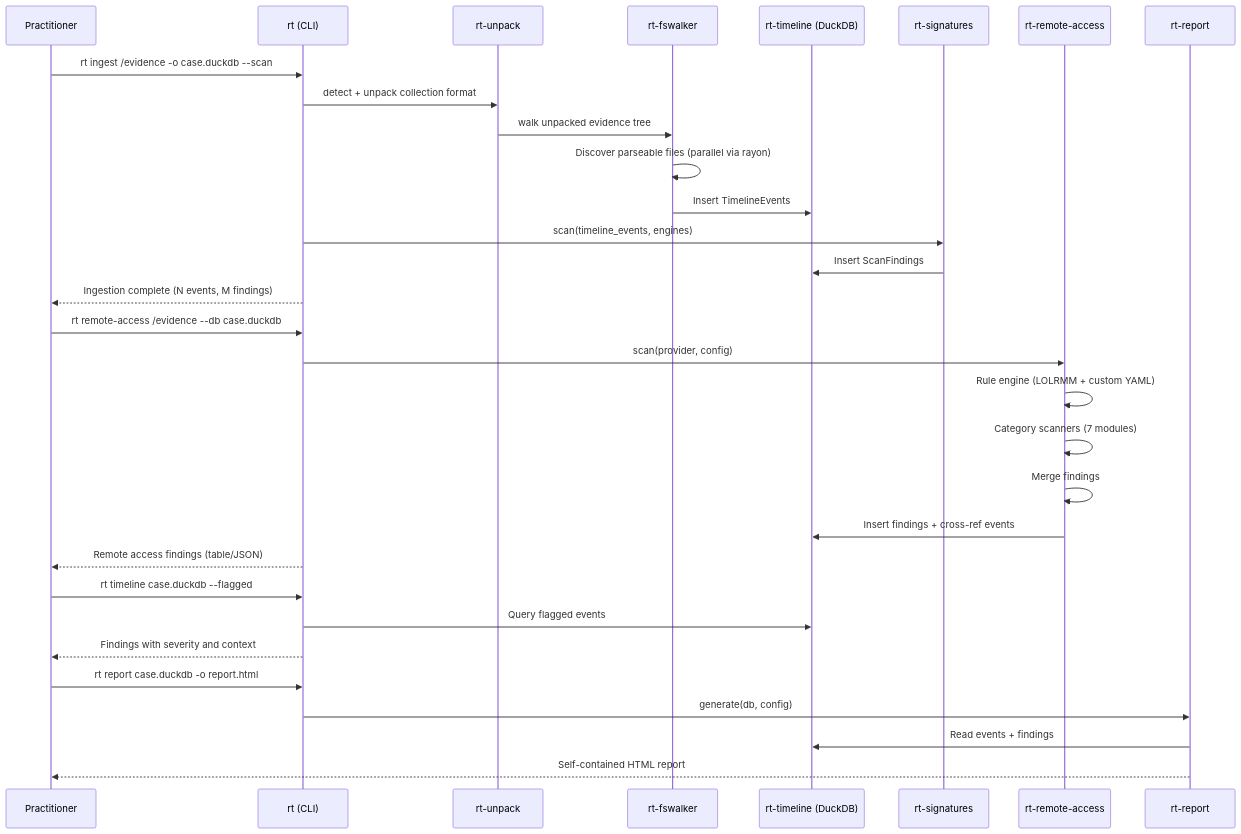
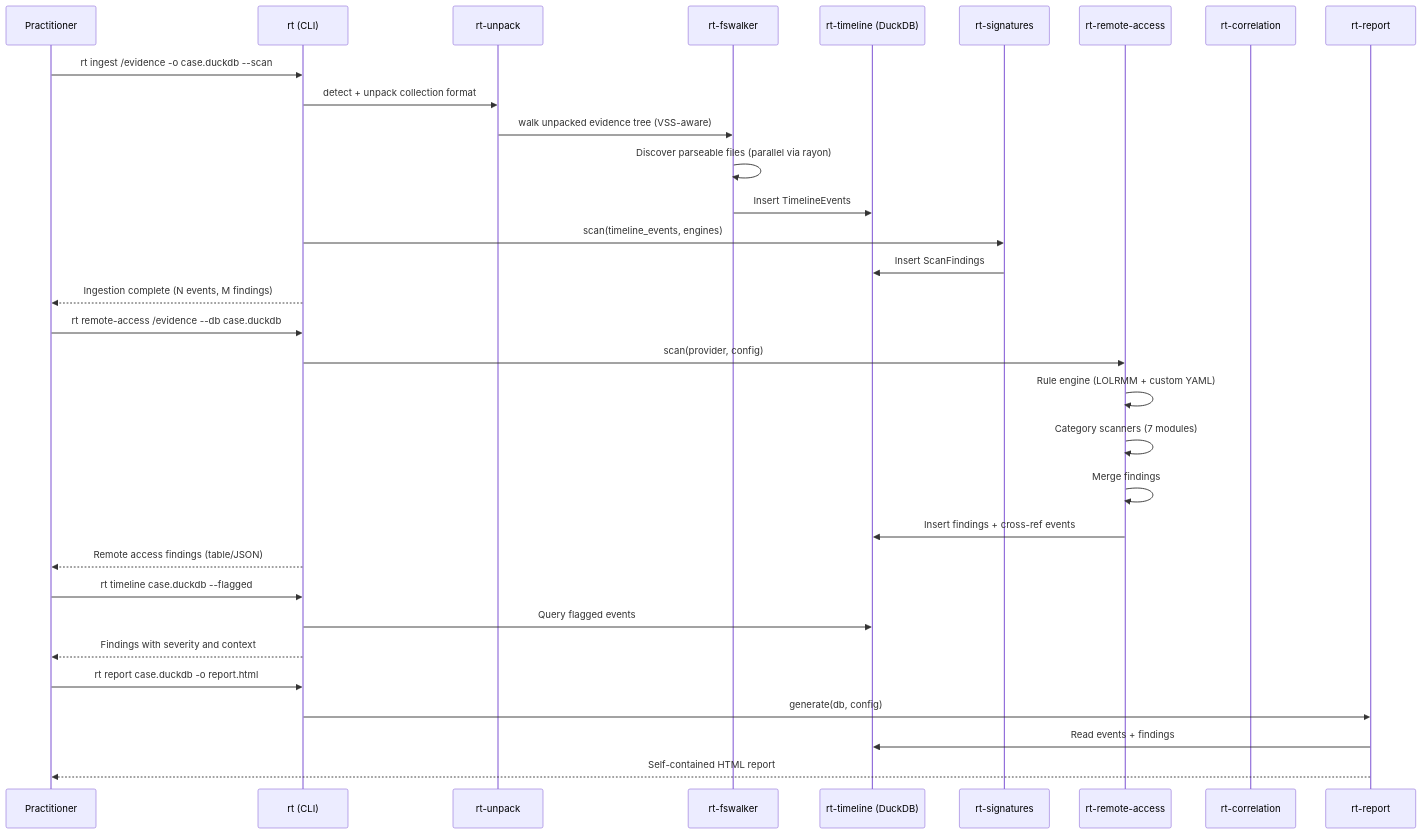
One commit to jwu29/issen changed the eighth of 8 diagrams in docs/ARCHITECTURE.md. Above: the diagram before and after it, drawn with Mermaid. The commit also changed other lines of this file and 1 other file, not shown here.

First line of the commit message:
docs: update README and ARCHITECTURE for current 25-crate workspace

````diff
--- a/docs/ARCHITECTURE.md
+++ b/docs/ARCHITECTURE.md
@@ -399,37 +469,38 @@
 ```mermaid
 sequenceDiagram
     participant User as Practitioner
     participant CLI as rt (CLI)
     participant Unpack as rt-unpack
     participant Walker as rt-fswalker
     participant Timeline as rt-timeline (DuckDB)
     participant Sigs as rt-signatures
     participant RA as rt-remote-access
+    participant Corr as rt-correlation
     participant Report as rt-report
 
     User->>CLI: rt ingest /evidence -o case.duckdb --scan
     CLI->>Unpack: detect + unpack collection format
-    Unpack->>Walker: walk unpacked evidence tree
+    Unpack->>Walker: walk unpacked evidence tree (VSS-aware)
     Walker->>Walker: Discover parseable files (parallel via rayon)
     Walker->>Timeline: Insert TimelineEvents
     CLI->>Sigs: scan(timeline_events, engines)
     Sigs->>Timeline: Insert ScanFindings
     CLI-->>User: Ingestion complete (N events, M findings)
 
     User->>CLI: rt remote-access /evidence --db case.duckdb
     CLI->>RA: scan(provider, config)
     RA->>RA: Rule engine (LOLRMM + custom YAML)
     RA->>RA: Category scanners (7 modules)
     RA->>RA: Merge findings
     RA->>Timeline: Insert findings + cross-ref events
     CLI-->>User: Remote access findings (table/JSON)
 
     User->>CLI: rt timeline case.duckdb --flagged
     CLI->>Timeline: Query flagged events
     CLI-->>User: Findings with severity and context
 
     User->>CLI: rt report case.duckdb -o report.html
     CLI->>Report: generate(db, config)
     Report->>Timeline: Read events + findings
     Report-->>User: Self-contained HTML report
 ```
````
